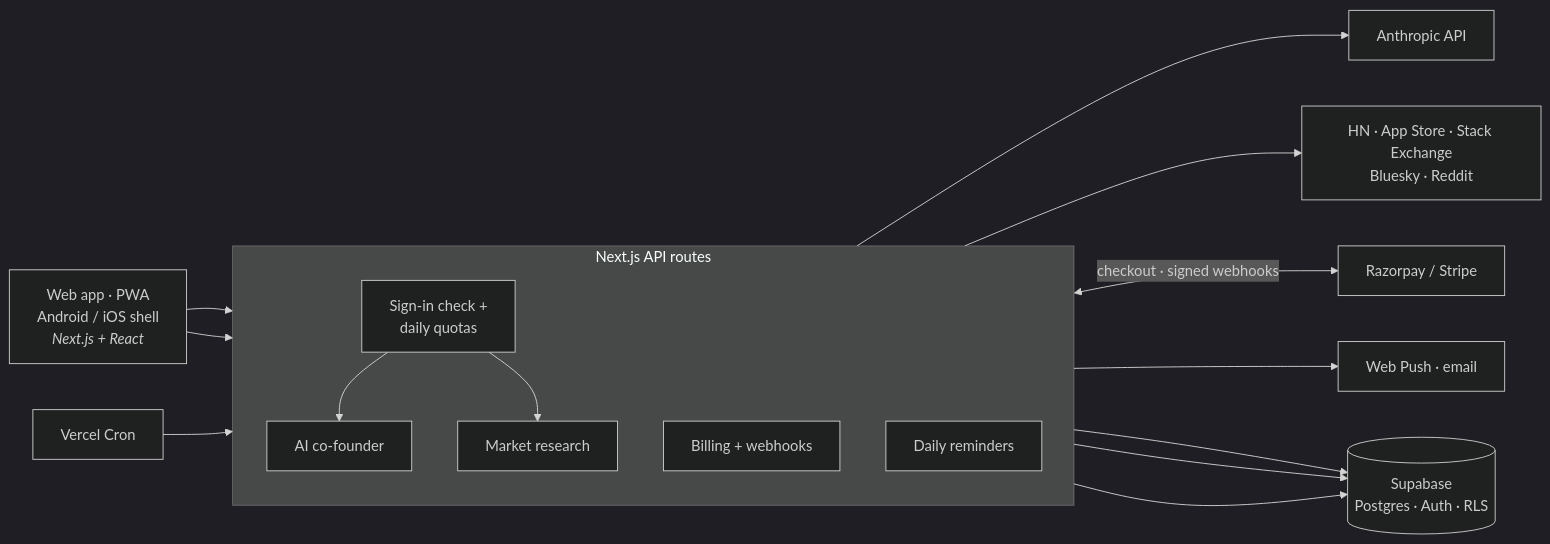
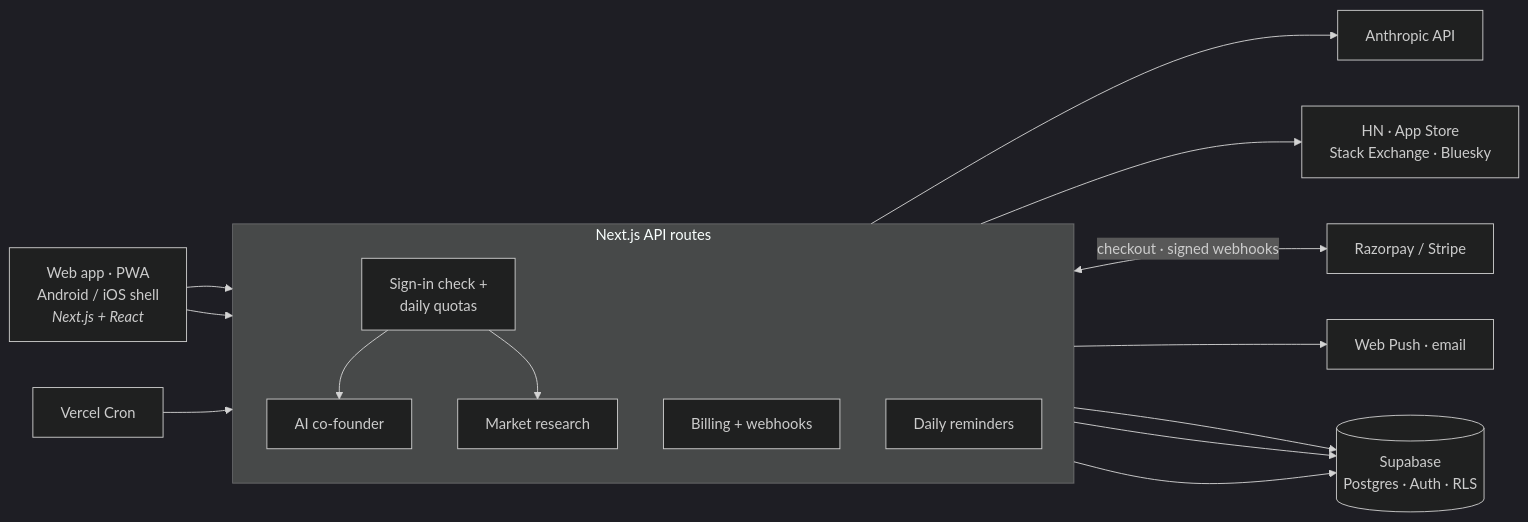
Before and after one commit to arshfaye/STARTIT: the diagram in README.md, drawn with Mermaid (dark theme). The commit also changed other lines of this file and 22 other files, not shown here.

````diff
--- a/README.md
+++ b/README.md
@@ -40,31 +40,31 @@
 ```mermaid
 flowchart LR
   UI["Web app · PWA<br/>Android / iOS shell<br/><i>Next.js + React</i>"]
   subgraph API["Next.js API routes"]
     direction TB
     G["Sign-in check +<br/>daily quotas"]
     CF["AI co-founder"]
     RS["Market research"]
     BL["Billing + webhooks"]
     CR["Daily reminders"]
   end
   SB[("Supabase<br/>Postgres · Auth · RLS")]
   AN["Anthropic API"]
-  SRC["HN · App Store · Stack Exchange<br/>Bluesky · Reddit"]
+  SRC["HN · App Store<br/>Stack Exchange · Bluesky"]
   PAY["Razorpay / Stripe"]
   PUSH["Web Push · email"]
   CRON["Vercel Cron"]
 
   UI --> G
   G --> CF
   G --> RS
   UI --> BL
   CF --> AN
   RS --> SRC
   BL <-- "checkout · signed webhooks" --> PAY
   CRON --> CR
   CR --> PUSH
   G --> SB
   BL --> SB
   CR --> SB
 ```
````
